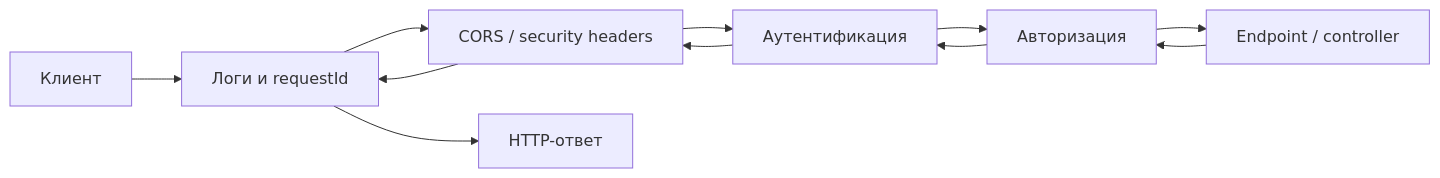
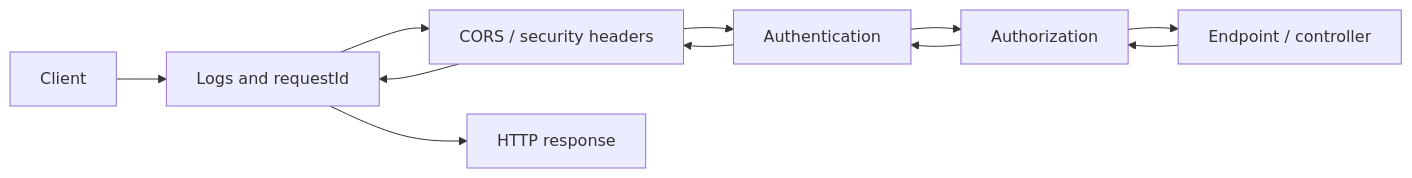
Before and after one commit to pavel-skripko-innowise/inno-fe-be-a1: the first of 2 diagrams in courses-content/backend/A/1/en/0.5 Middleware.md, drawn with Mermaid. The commit also changed other lines of this file and 35 other files, not shown here.

````diff
--- a/courses-content/backend/A/1/en/0.5 Middleware.md
+++ b/courses-content/backend/A/1/en/0.5 Middleware.md
@@ -23,13 +23,13 @@
 ```mermaid
 flowchart LR
-  C[Клиент] --> A[Логи и requestId]
+  C[Client] --> A[Logs and requestId]
   A --> B[CORS / security headers]
-  B --> D[Аутентификация]
-  D --> E[Авторизация]
+  B --> D[Authentication]
+  D --> E[Authorization]
   E --> H[Endpoint / controller]
   H --> E
   E --> D
   D --> B
   B --> A
-  A --> R[HTTP-ответ]
+  A --> R[HTTP response]
 ```
````
